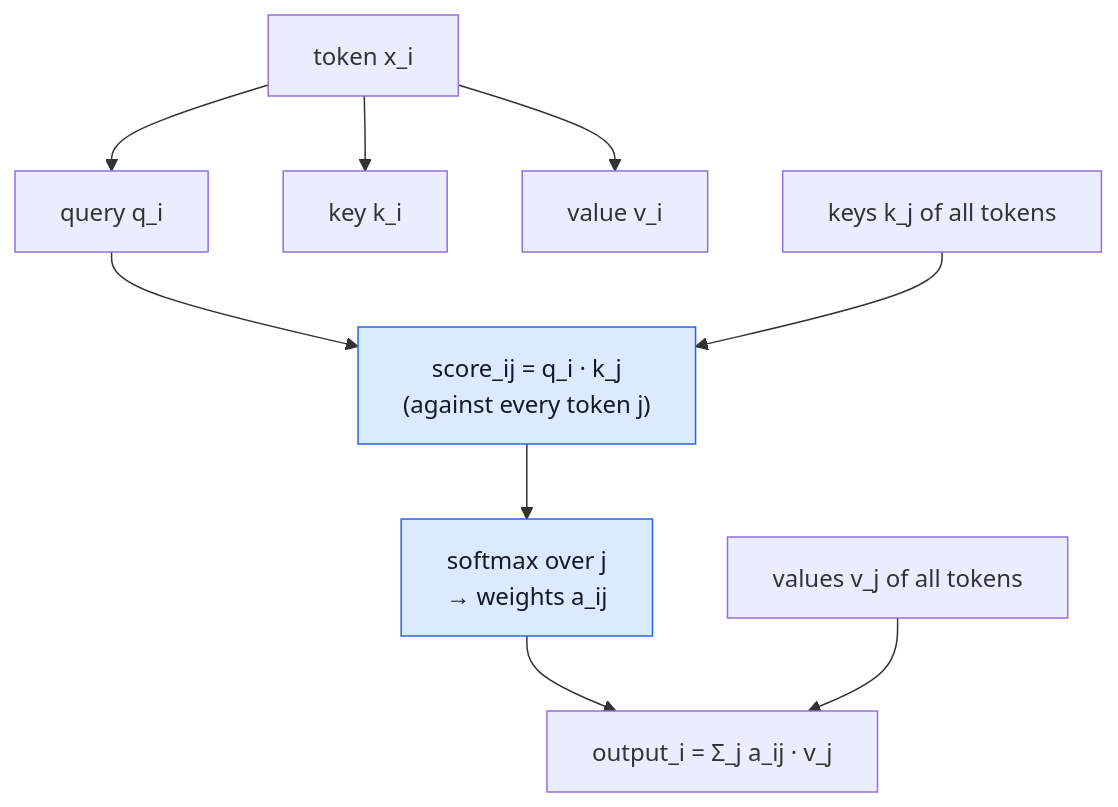
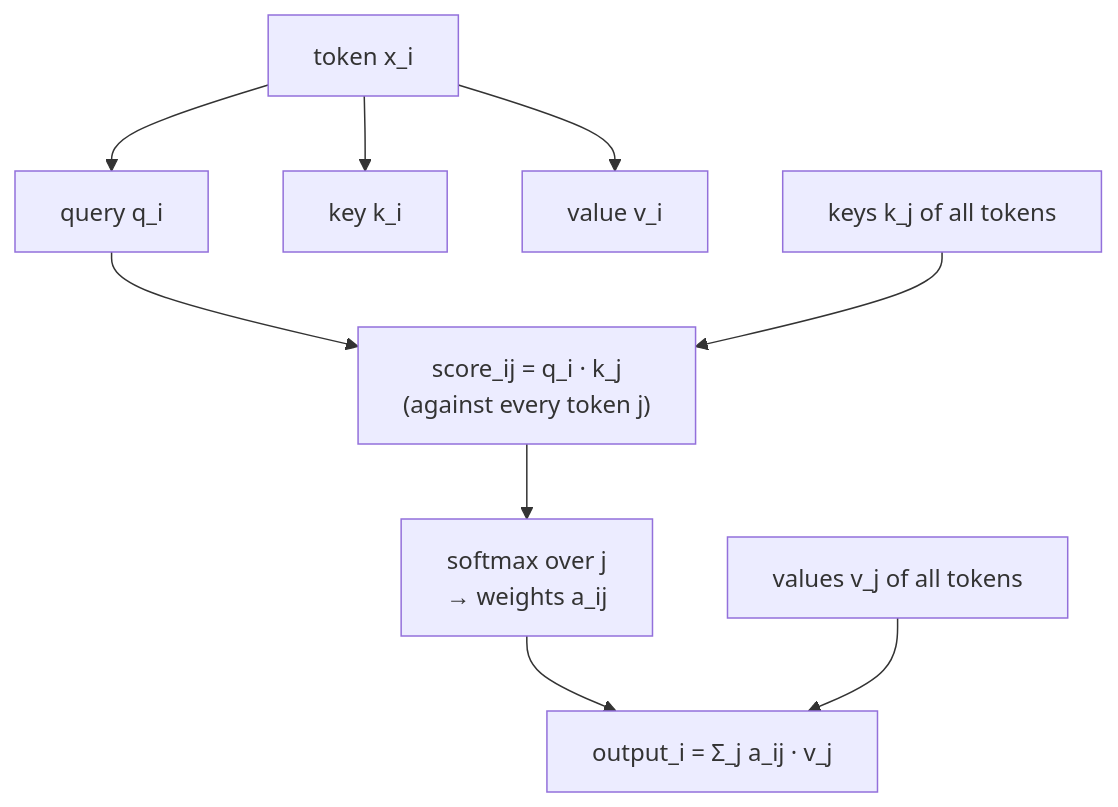
The third of 10 diagrams in docs/foundations/transformer-from-scratch.md (youyun8/deep-kernel-handbook), drawn with Mermaid before and after one commit. The commit also changed other lines of this file and 9 other files, not shown here.

Commit message:
docs: theme Mermaid diagrams via CSS instead of baked classDef colors

````diff
--- a/docs/foundations/transformer-from-scratch.md
+++ b/docs/foundations/transformer-from-scratch.md
@@ -90,14 +88,13 @@
 ```mermaid
 flowchart TD
     X["token x_i"] --> Q["query q_i"]
     X --> K["key k_i"]
     X --> V["value v_i"]
     Q --> DOT["score_ij = q_i · k_j<br/>(against every token j)"]
     K2["keys k_j of all tokens"] --> DOT
     DOT --> SM["softmax over j<br/>→ weights a_ij"]
     SM --> WS["output_i = Σ_j a_ij · v_j"]
     V2["values v_j of all tokens"] --> WS
     class DOT accBlue;
     class SM accBlue;
-    classDef accBlue fill:#dbeafe,stroke:#2563eb,color:#111827;
 ```
````
